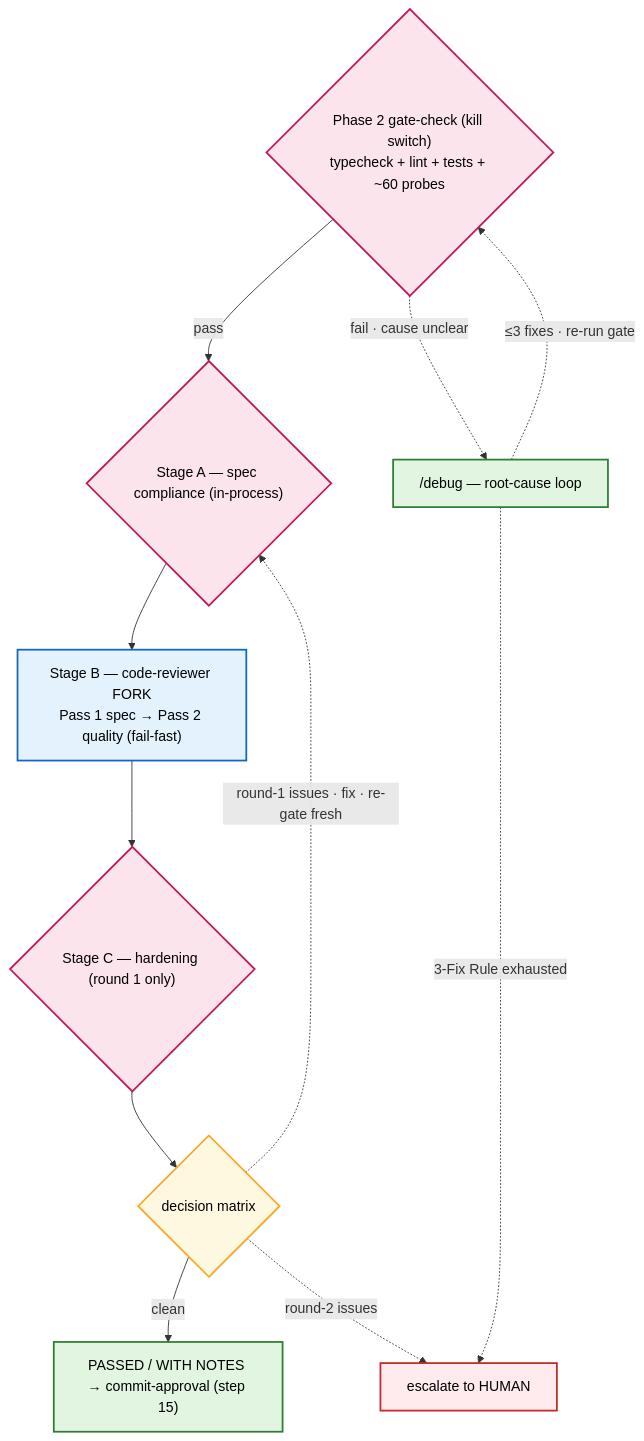
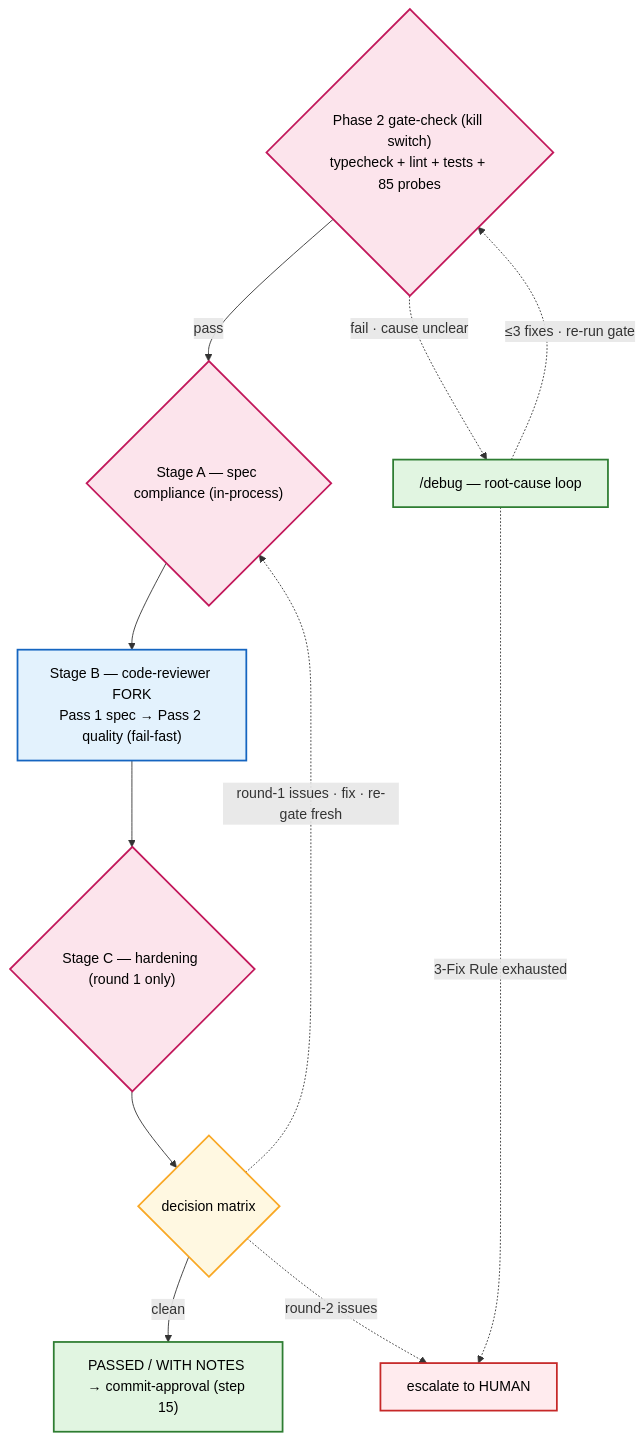
Before and after one commit to nesquikm/dev-process-toolkit: the fourth of 6 diagrams in plugins/dev-process-toolkit/docs/workflow-overview.md, drawn with Mermaid. The commit also changed other lines of this file and 71 other files, not shown here.

````diff
--- a/plugins/dev-process-toolkit/docs/workflow-overview.md
+++ b/plugins/dev-process-toolkit/docs/workflow-overview.md
@@ -114,25 +117,25 @@
 ```mermaid
 flowchart TD
     classDef eval fill:#fce4ec,stroke:#c2185b,stroke-width:2px,color:#000
     classDef fork fill:#e3f2fd,stroke:#1565c0,stroke-width:2px,color:#000
     classDef gate fill:#fff8e1,stroke:#f9a825,stroke-width:2px,color:#000
     classDef skill fill:#e1f5e1,stroke:#2e7d32,stroke-width:2px,color:#000
     classDef esc fill:#ffebee,stroke:#c62828,stroke-width:2px,color:#000
 
-    gate{"Phase 2 gate-check (kill switch)<br/>typecheck + lint + tests + ~60 probes"}:::eval
+    gate{"Phase 2 gate-check (kill switch)<br/>typecheck + lint + tests + 85 probes"}:::eval
     debug["/debug — root-cause loop"]:::skill
     stageA{"Stage A — spec compliance (in-process)"}:::eval
     stageB["Stage B — code-reviewer FORK<br/>Pass 1 spec → Pass 2 quality (fail-fast)"]:::fork
     stageC{"Stage C — hardening (round 1 only)"}:::eval
     decide{"decision matrix"}:::gate
     pass["PASSED / WITH NOTES → commit-approval (step 15)"]:::skill
     esc["escalate to HUMAN"]:::esc
 
     gate -->|"pass"| stageA --> stageB --> stageC --> decide
     gate -.->|"fail · cause unclear"| debug
     debug -.->|"≤3 fixes · re-run gate"| gate
     debug -.->|"3-Fix Rule exhausted"| esc
     decide -->|"clean"| pass
     decide -.->|"round-1 issues · fix · re-gate fresh"| stageA
     decide -.->|"round-2 issues"| esc
 ```
````
